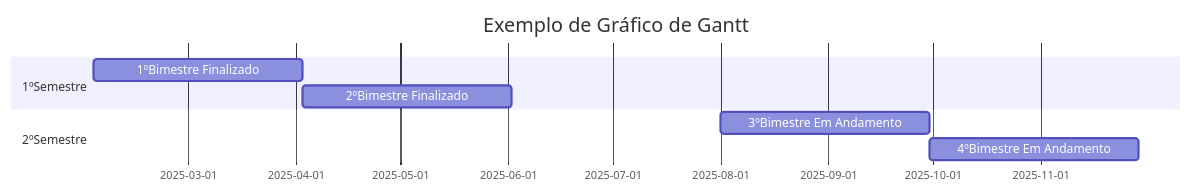
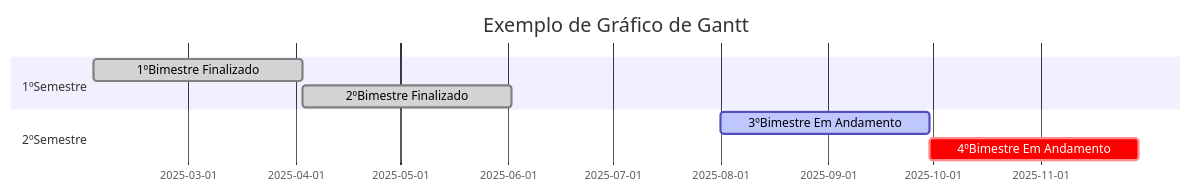
Before and after one commit to catypr/Grafico-Gannt: the third of 3 diagrams in README.md, drawn with Mermaid.

````diff
--- a/README.md
+++ b/README.md
@@ -19,11 +19,11 @@
 ```mermaid
 gantt
 title Exemplo de Gráfico de Gantt
 dateFormat YYYY-MM-DD
 section 1ºSemestre
-1ºBimestre Finalizado:a1, 2025-02-02, 60d
-2ºBimestre Finalizado:a2, after a1, 60d
+1ºBimestre Finalizado:done, a1, 2025-02-02, 60d
+2ºBimestre Finalizado:done, a2, after a1, 60d
 section 2ºSemestre
-3ºBimestre Em Andamento: a3, 2025-08-01, 60d
-4ºBimestre Em Andamento:a4, after a3, 60d
+3ºBimestre Em Andamento:active, a3, 2025-08-01, 60d
+4ºBimestre Em Andamento:crit, a4, after a3, 60d
 ```
````
